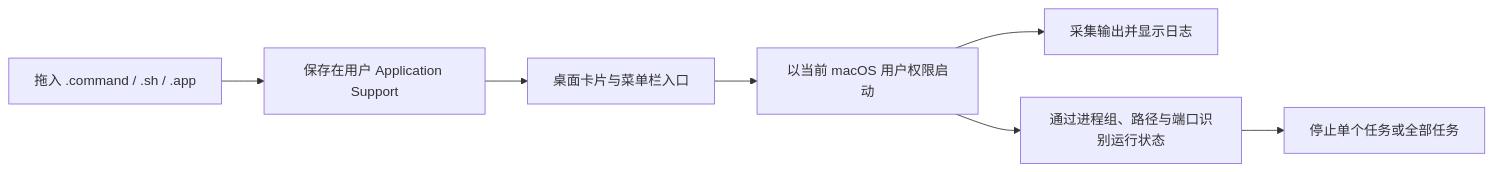
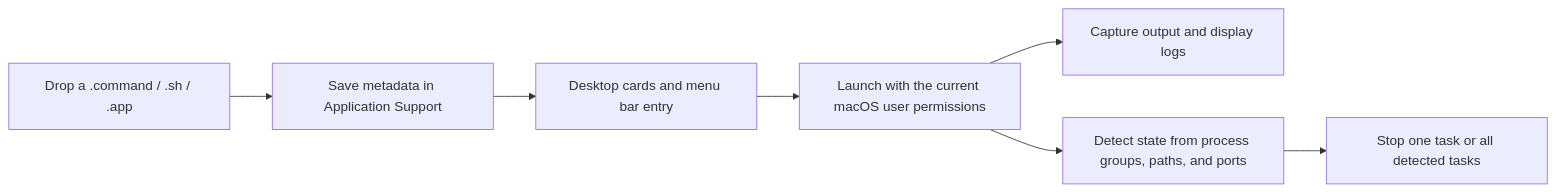
The diagram in README.md (LeoZhaorx/CommandDash), drawn with Mermaid before and after one commit. The commit also changed other lines of this file and 11 other files, not shown here.

````diff
--- a/README.md
+++ b/README.md
@@ -56,9 +62,9 @@
 ```mermaid
 flowchart LR
-    A["拖入 .command / .sh / .app"] --> B["保存在用户 Application Support"]
-    B --> C["桌面卡片与菜单栏入口"]
-    C --> D["以当前 macOS 用户权限启动"]
-    D --> E["采集输出并显示日志"]
-    D --> F["通过进程组、路径与端口识别运行状态"]
-    F --> G["停止单个任务或全部任务"]
+    A["Drop a .command / .sh / .app"] --> B["Save metadata in Application Support"]
+    B --> C["Desktop cards and menu bar entry"]
+    C --> D["Launch with the current macOS user permissions"]
+    D --> E["Capture output and display logs"]
+    D --> F["Detect state from process groups, paths, and ports"]
+    F --> G["Stop one task or all detected tasks"]
 ```
````
